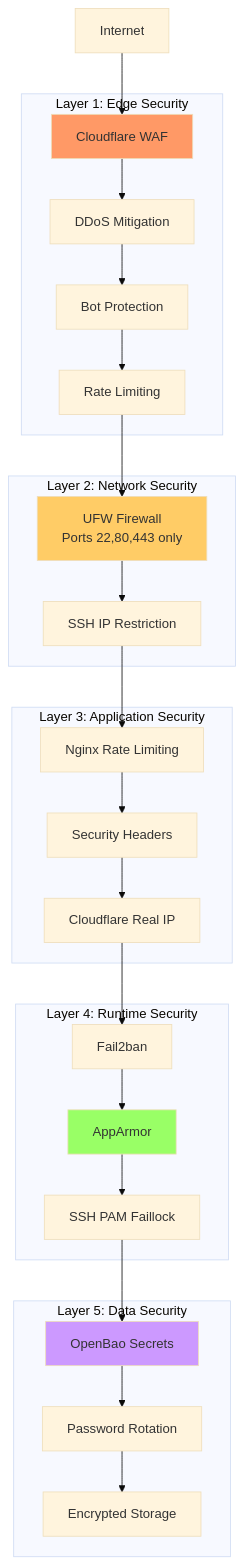
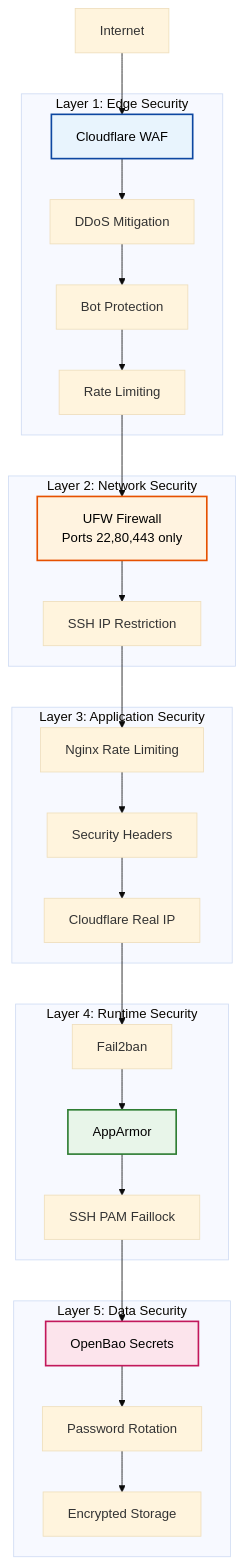
The sixth of 8 diagrams in docs/architecture/SYSTEM_OVERVIEW.md (malpanez/hetzner-secure-infrastructure), drawn with Mermaid (base theme) before and after one commit. The commit also changed other lines of this file, not shown here.

First line of the commit message:
docs: improve mermaid diagram accessibility for neurodivergent users

````diff
--- a/docs/architecture/SYSTEM_OVERVIEW.md
+++ b/docs/architecture/SYSTEM_OVERVIEW.md
@@ -388,47 +404,48 @@
 ```mermaid
 graph TB
     subgraph "Layer 1: Edge Security"
         CF_WAF[Cloudflare WAF]
         DDOS[DDoS Mitigation]
         BOT[Bot Protection]
         RATE1[Rate Limiting]
     end
 
     subgraph "Layer 2: Network Security"
         UFW[UFW Firewall<br/>Ports 22,80,443 only]
         SSH_IP[SSH IP Restriction]
     end
 
     subgraph "Layer 3: Application Security"
         NGX_RATE[Nginx Rate Limiting]
         HEADERS[Security Headers]
         REALIP[Cloudflare Real IP]
     end
 
     subgraph "Layer 4: Runtime Security"
         F2B[Fail2ban]
         AA[AppArmor]
         SSH2FA[SSH PAM Faillock]
     end
 
     subgraph "Layer 5: Data Security"
         SECRETS[OpenBao Secrets]
         ROTATION[Password Rotation]
         ENCRYPT[Encrypted Storage]
     end
 
     INTERNET[Internet] --> CF_WAF
     CF_WAF --> DDOS --> BOT --> RATE1
     RATE1 --> UFW
     UFW --> SSH_IP --> NGX_RATE
     NGX_RATE --> HEADERS --> REALIP
     REALIP --> F2B
     F2B --> AA --> SSH2FA
     SSH2FA --> SECRETS
     SECRETS --> ROTATION --> ENCRYPT
 
-    style CF_WAF fill:#f96
-    style UFW fill:#fc6
-    style AA fill:#9f6
-    style SECRETS fill:#c9f
+    %% Accessible security layer colors
+    style CF_WAF fill:#E8F4FD,stroke:#0D47A1,stroke-width:2px,color:#000
+    style UFW fill:#FFF3E0,stroke:#E65100,stroke-width:2px,color:#000
+    style AA fill:#E8F5E9,stroke:#2E7D32,stroke-width:2px,color:#000
+    style SECRETS fill:#FCE4EC,stroke:#C2185B,stroke-width:2px,color:#000
 ```
````
